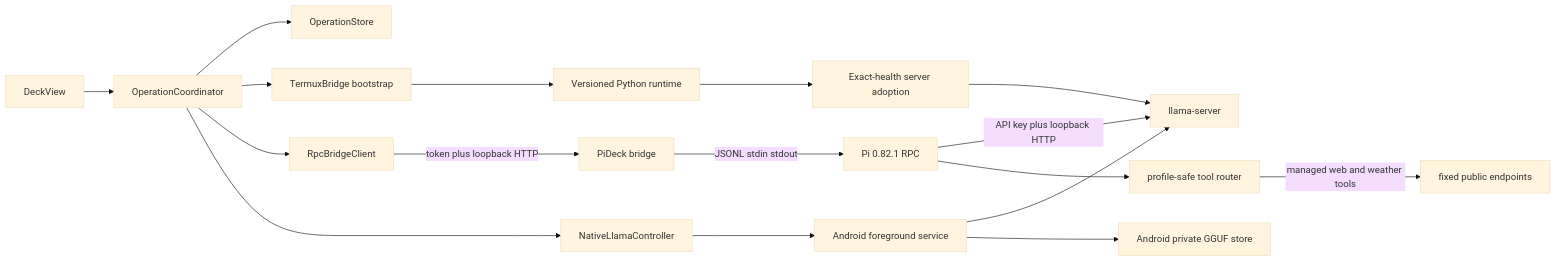
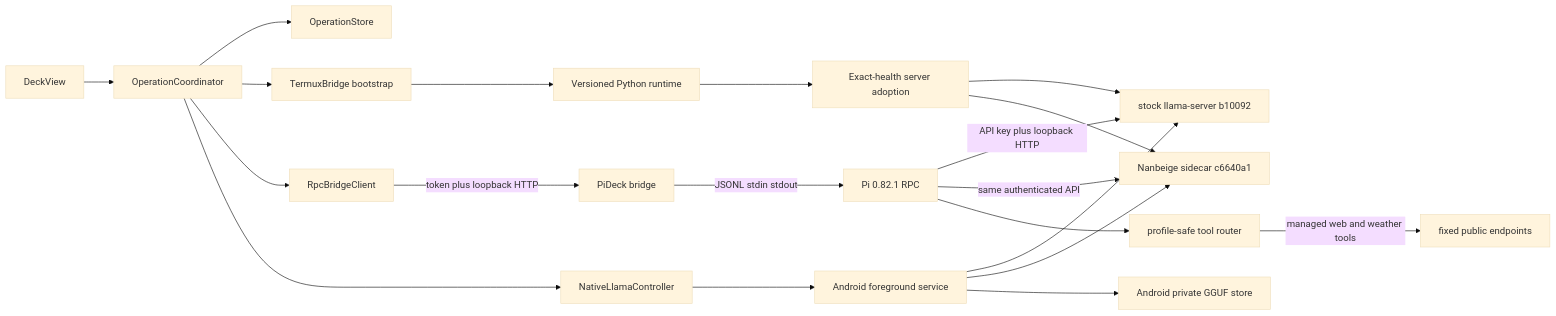
The diagram in docs/architecture.md (tigrohvost/pi-deck), drawn with Mermaid (base theme) before and after one commit. The commit also changed 27 other files, not shown here.

````diff
--- a/docs/architecture.md
+++ b/docs/architecture.md
@@ -5,19 +5,22 @@
 ```mermaid
 flowchart LR
   UI[DeckView] --> OC[OperationCoordinator]
   OC --> OS[OperationStore]
   OC --> TC[TermuxBridge bootstrap]
   OC --> RC[RpcBridgeClient]
   OC --> NC[NativeLlamaController]
   NC --> NS[Android foreground service]
-  NS --> LS[llama-server b10092]
+  NS --> LS[stock llama-server b10092]
+  NS --> NB[Nanbeige sidecar c6640a1]
   NS --> MS[Android private GGUF store]
   TC --> RT[Versioned Python runtime]
   RC -->|token plus loopback HTTP| BR[PiDeck bridge]
   BR -->|JSONL stdin stdout| PI[Pi 0.82.1 RPC]
-  PI -->|API key plus loopback HTTP| LS[llama-server]
+  PI -->|API key plus loopback HTTP| LS
+  PI -->|same authenticated API| NB
   PI --> TR[profile-safe tool router]
   TR -->|managed web and weather tools| WEB[fixed public endpoints]
   RT --> AD[Exact-health server adoption]
   AD --> LS
+  AD --> NB
 ```
````
